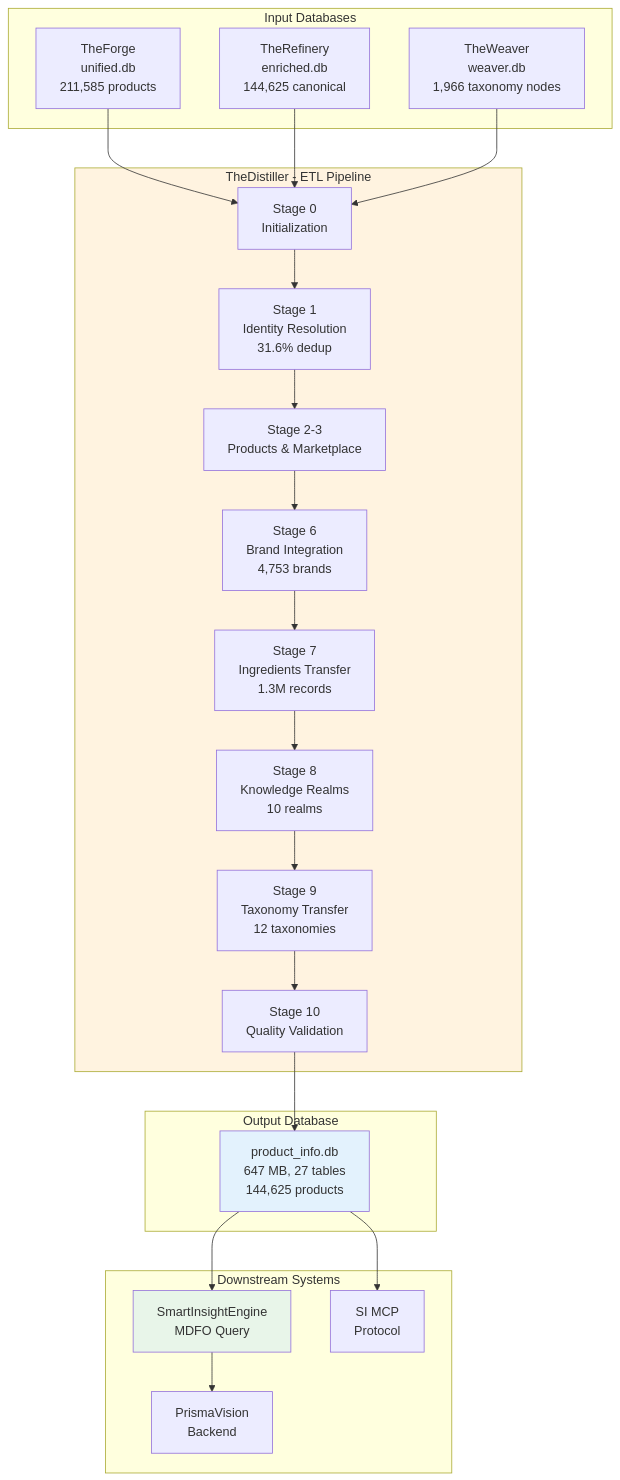
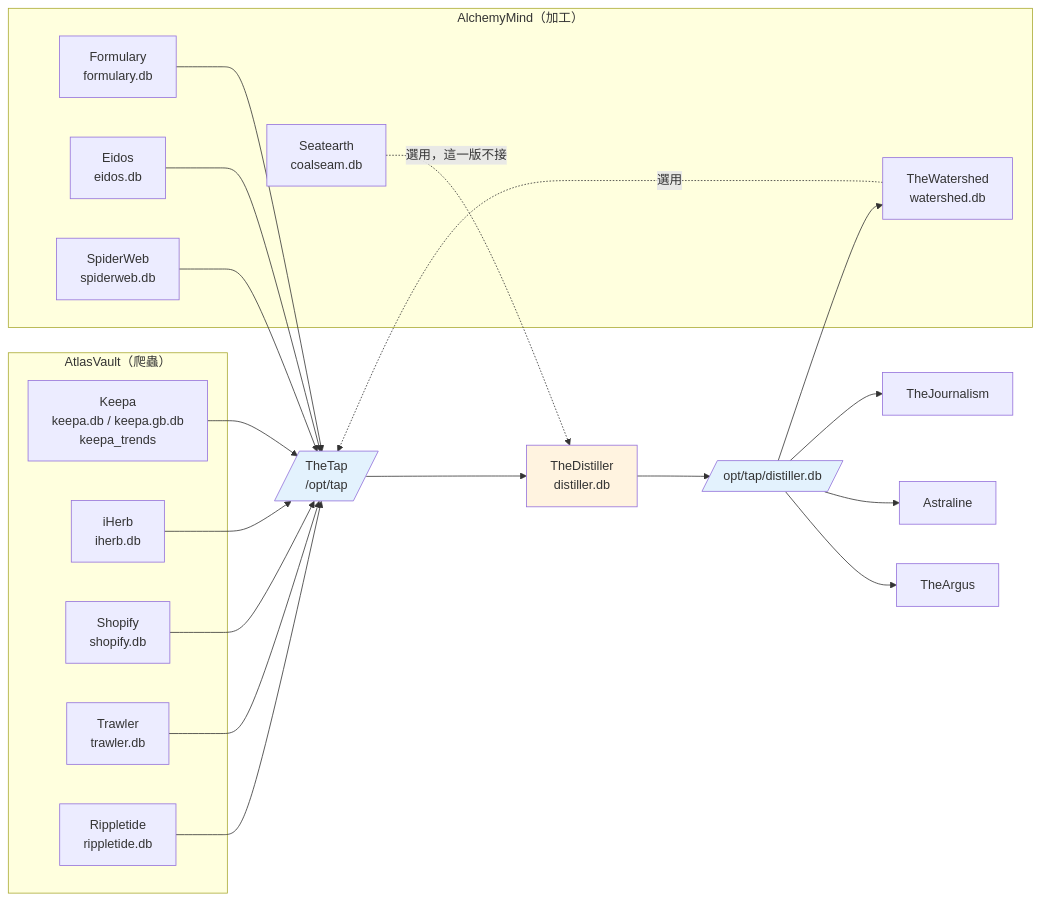
One commit to mapleelpam/LuminNexus-LearningMap changed the diagram in projects/alchemymind/thedistiller.md. Above: the diagram before and after it, drawn with Mermaid. The commit also changed other lines of this file, not shown here.

Commit message:
docs: 依 TheDistiller v3.73.1 現況重寫 thedistiller.md (v3.0)

````diff
--- a/projects/alchemymind/thedistiller.md
+++ b/projects/alchemymind/thedistiller.md
@@ -62,45 +91,40 @@
 ```mermaid
-graph TB
-    subgraph Input["Input Databases"]
-        F[TheForge<br/>unified.db<br/>211,585 products]
-        R[TheRefinery<br/>enriched.db<br/>144,625 canonical]
-        W[TheWeaver<br/>weaver.db<br/>1,966 taxonomy nodes]
+graph LR
+    subgraph AtlasVault["AtlasVault（爬蟲）"]
+        K[Keepa<br/>keepa.db / keepa.gb.db<br/>keepa_trends]
+        I[iHerb<br/>iherb.db]
+        S[Shopify<br/>shopify.db]
+        TR[Trawler<br/>trawler.db]
+        R[Rippletide<br/>rippletide.db]
     end
+    subgraph AlchemyMind["AlchemyMind（加工）"]
+        F[Formulary<br/>formulary.db]
+        E[Eidos<br/>eidos.db]
+        SW[SpiderWeb<br/>spiderweb.db]
+        WS[TheWatershed<br/>watershed.db]
+        SE[Seatearth<br/>coalseam.db]
+    end
+    TAP[/TheTap<br/>/opt/tap/]
+    D[TheDistiller<br/>distiller.db]
 
-    subgraph TheDistiller["TheDistiller - ETL Pipeline"]
-        S0[Stage 0<br/>Initialization]
-        S1[Stage 1<br/>Identity Resolution<br/>31.6% dedup]
-        S2[Stage 2-3<br/>Products & Marketplace]
-        S6[Stage 6<br/>Brand Integration<br/>4,753 brands]
-        S7[Stage 7<br/>Ingredients Transfer<br/>1.3M records]
-        S8[Stage 8<br/>Knowledge Realms<br/>10 realms]
-        S9[Stage 9<br/>Taxonomy Transfer<br/>12 taxonomies]
-        S10[Stage 10<br/>Quality Validation]
-    end
+    K --> TAP
+    I --> TAP
+    S --> TAP
+    TR --> TAP
+    R --> TAP
+    F --> TAP
+    E --> TAP
+    SW --> TAP
+    WS -.選用.-> TAP
+    TAP --> D
+    SE -.選用，這一版不接.-> D
+    D --> TAP2[/opt/tap/distiller.db/]
+    TAP2 --> J[TheJournalism]
+    TAP2 --> A[Astraline]
+    TAP2 --> AR[TheArgus]
+    TAP2 --> WS
 
-    subgraph Output["Output Database"]
-        P[product_info.db<br/>647 MB, 27 tables<br/>144,625 products]
-    end
-
-    subgraph Downstream["Downstream Systems"]
-        SI[SmartInsightEngine<br/>MDFO Query]
-        MCP[SI MCP<br/>Protocol]
-        BE[PrismaVision<br/>Backend]
-    end
-
-    F --> S0
-    R --> S0
-    W --> S0
-
-    S0 --> S1 --> S2 --> S6 --> S7 --> S8 --> S9 --> S10
-
-    S10 --> P
-
-    P --> SI
-    P --> MCP
-    SI --> BE
-
-    style TheDistiller fill:#fff3e0
-    style P fill:#e3f2fd
-    style SI fill:#e8f5e9
+    style D fill:#fff3e0
+    style TAP fill:#e3f2fd
+    style TAP2 fill:#e3f2fd
 ```
````
